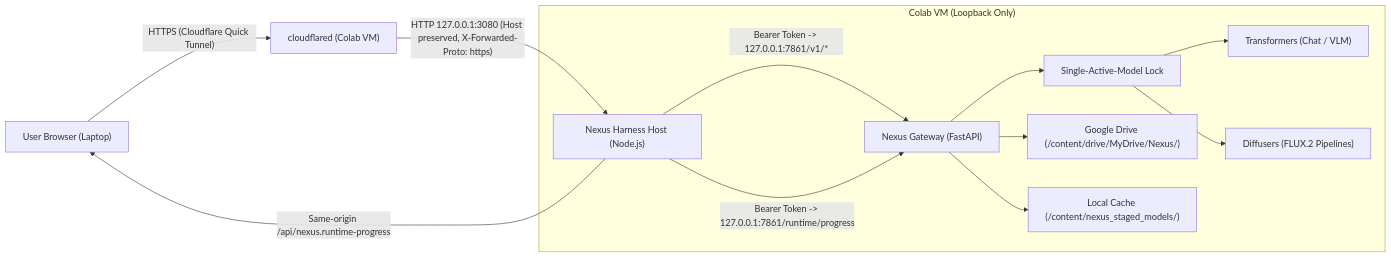
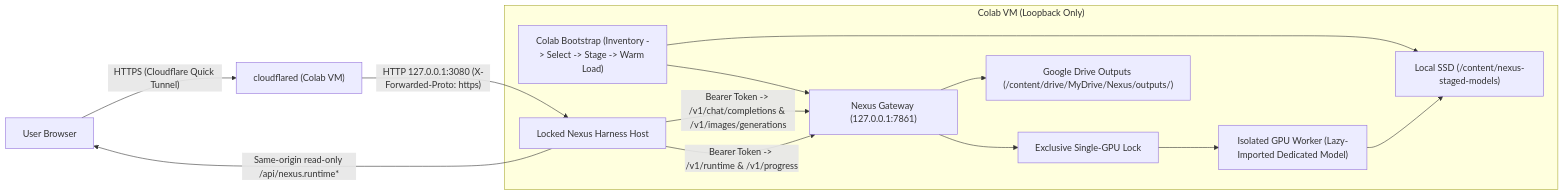
The diagram in docs/nexus/architecture.md (matthew110703/nexus-agent-harness), drawn with Mermaid before and after one commit. The commit also changed other lines of this file and 46 other files, not shown here.

Commit message:
feat(nexus): v1.1.0 single-model Colab runtime, dedicated model modules, GPU swap-and-restore, and locked Harness

````diff
--- a/docs/nexus/architecture.md
+++ b/docs/nexus/architecture.md
@@ -7,15 +7,16 @@
 ```mermaid
 flowchart LR
-  Browser["User Browser (Laptop)"] -->|"HTTPS (Cloudflare Quick Tunnel)"| CF["cloudflared (Colab VM)"]
-  CF -->|"HTTP 127.0.0.1:3080 (Host preserved, X-Forwarded-Proto: https)"| Host["Nexus Harness Host (Node.js)"]
+  Browser["User Browser"] -->|"HTTPS (Cloudflare Quick Tunnel)"| CF["cloudflared (Colab VM)"]
+  CF -->|"HTTP 127.0.0.1:3080 (X-Forwarded-Proto: https)"| Host["Locked Nexus Harness Host"]
   subgraph ColabVM["Colab VM (Loopback Only)"]
-    Host -->|"Bearer Token -> 127.0.0.1:7861/v1/*"| GW["Nexus Gateway (FastAPI)"]
-    Host -->|"Bearer Token -> 127.0.0.1:7861/runtime/progress"| GW
-    GW --> Lock["Single-Active-Model Lock"]
-    Lock --> HF["Transformers (Chat / VLM)"]
-    Lock --> FLUX["Diffusers (FLUX.2 Pipelines)"]
-    GW --> Drive["Google Drive (/content/drive/MyDrive/Nexus/)"]
-    GW --> Cache["Local Cache (/content/nexus_staged_models/)"]
+    Colab["Colab Bootstrap (Inventory -> Select -> Stage -> Warm Load)"] --> SSD["Local SSD (/content/nexus-staged-models)"]
+    Colab --> GW["Nexus Gateway (127.0.0.1:7861)"]
+    Host -->|"Bearer Token -> /v1/chat/completions & /v1/images/generations"| GW
+    Host -->|"Bearer Token -> /v1/runtime & /v1/progress"| GW
+    GW --> Lock["Exclusive Single-GPU Lock"]
+    Lock --> Worker["Isolated GPU Worker (Lazy-Imported Dedicated Model)"]
+    Worker --> SSD
+    GW --> Drive["Google Drive Outputs (/content/drive/MyDrive/Nexus/outputs/)"]
   end
-  Host -->|"Same-origin /api/nexus.runtime-progress"| Browser
+  Host -->|"Same-origin read-only /api/nexus.runtime*"| Browser
 ```
````
